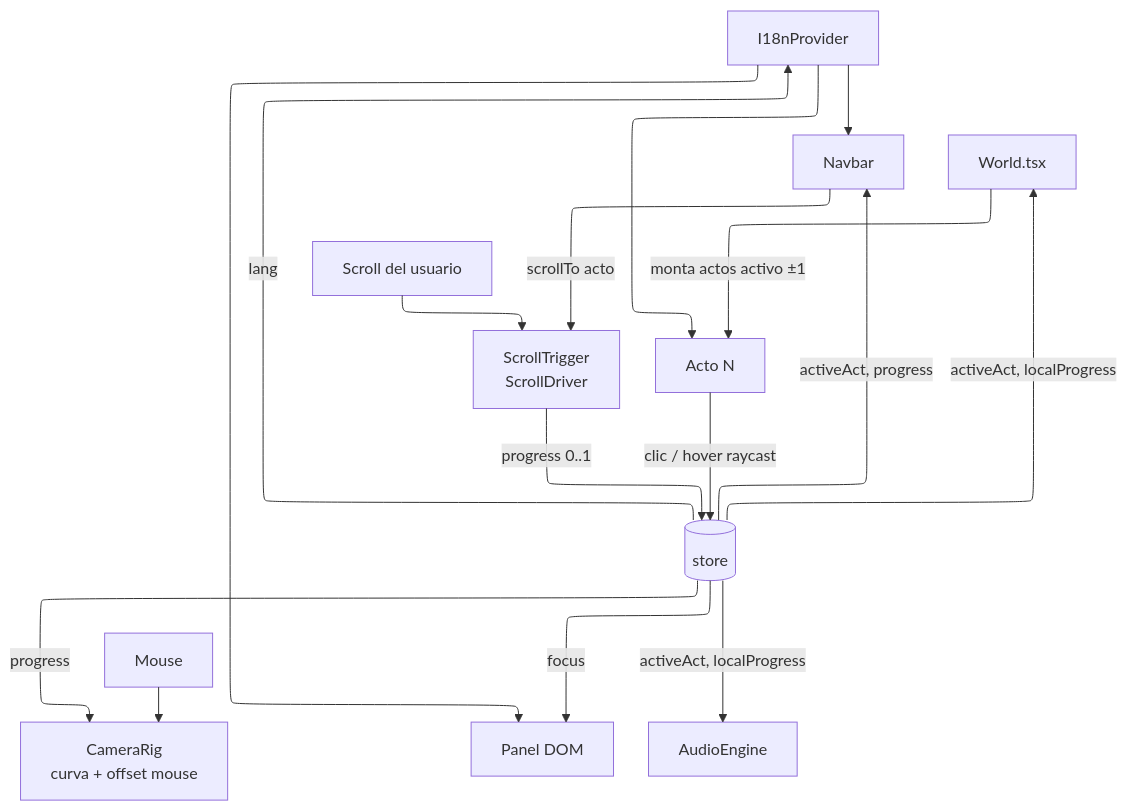
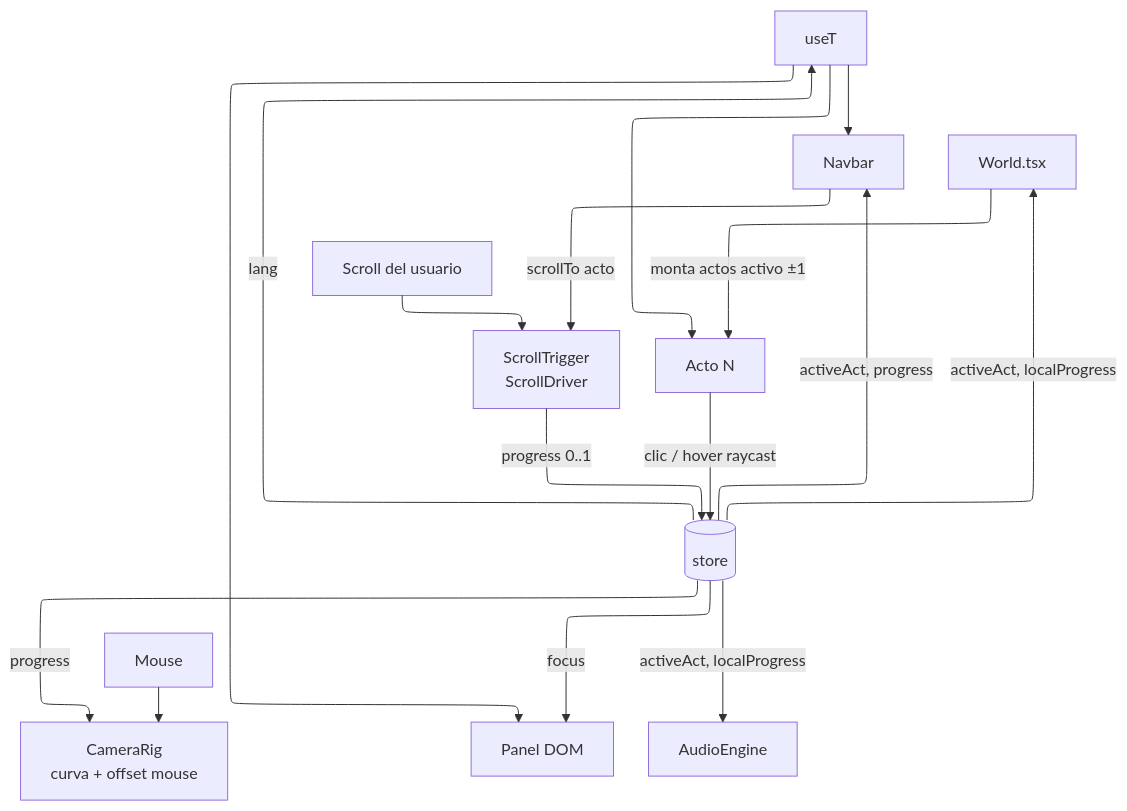
The diagram in ARCHITECTURE.md (OverHCV/Portfolio), drawn with Mermaid before and after one commit. The commit also changed other lines of this file and 70 other files, not shown here.

````diff
--- a/ARCHITECTURE.md
+++ b/ARCHITECTURE.md
@@ -127,22 +128,22 @@
 ```mermaid
 ---
 config:
   layout: elk
 ---
 flowchart TD
     S[Scroll del usuario] --> ST[ScrollTrigger<br/>ScrollDriver]
     N[Navbar] -->|scrollTo acto| ST
     M[Mouse] --> CR
     ST -->|progress 0..1| Z[(store)]
     Z -->|activeAct, localProgress| W[World.tsx]
     Z -->|progress| CR[CameraRig<br/>curva + offset mouse]
     Z -->|activeAct, progress| N
     W -->|monta actos activo ±1| A[Acto N]
     A -->|clic / hover raycast| Z
     Z -->|focus| P[Panel DOM]
     Z -->|activeAct, localProgress| AU[AudioEngine]
-    Z -->|lang| I[I18nProvider]
+    Z -->|lang| I[useT]
     I --> P
     I --> A
     I --> N
 ```
````
